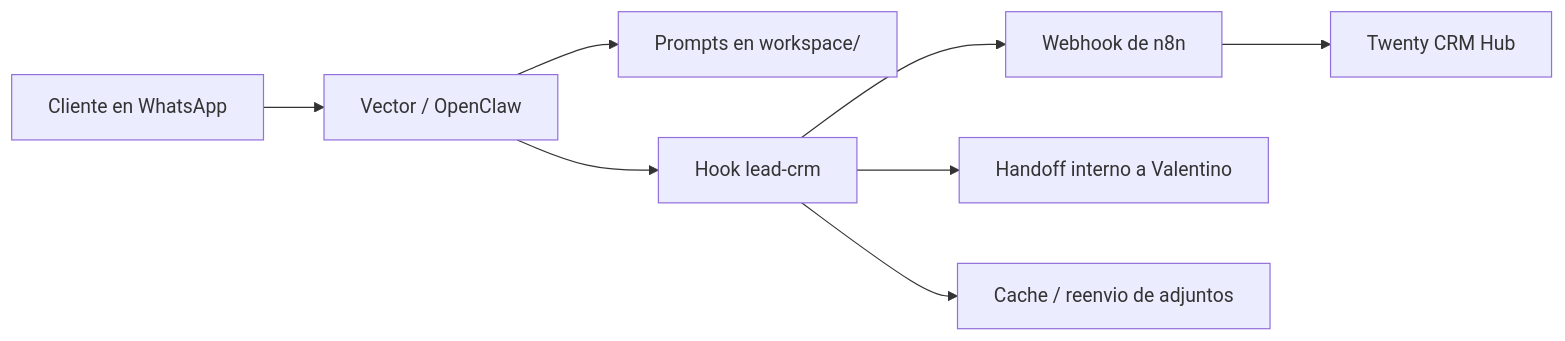
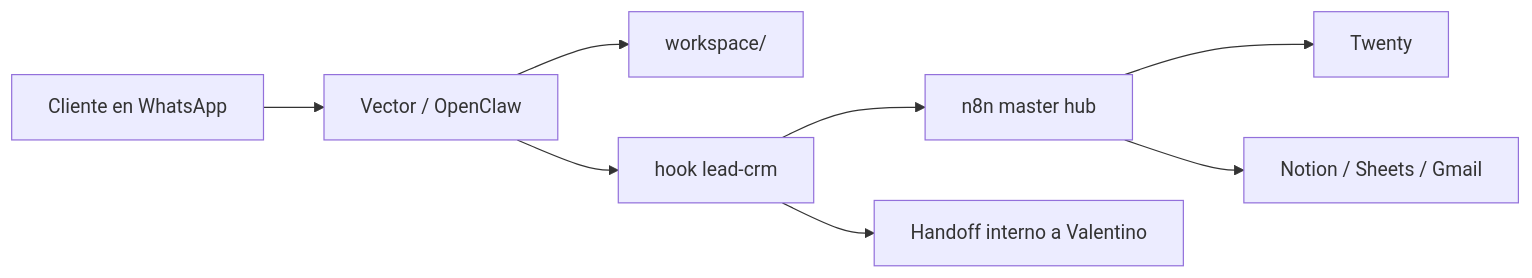
One commit to galfredev/vector-galfredev-bot changed the diagram in README.md. Above: the diagram before and after it, drawn with Mermaid. The commit also changed other lines of this file and 13 other files, not shown here.

````diff
--- a/README.md
+++ b/README.md
@@ -56,10 +56,10 @@
 ```mermaid
 flowchart LR
   A["Cliente en WhatsApp"] --> B["Vector / OpenClaw"]
-  B --> C["Prompts en workspace/"]
-  B --> D["Hook lead-crm"]
-  D --> E["Webhook de n8n"]
-  E --> H["Twenty CRM Hub"]
-  D --> F["Handoff interno a Valentino"]
-  D --> G["Cache / reenvio de adjuntos"]
+  B --> C["workspace/"]
+  B --> D["hook lead-crm"]
+  D --> E["n8n master hub"]
+  E --> F["Twenty"]
+  E --> G["Notion / Sheets / Gmail"]
+  D --> H["Handoff interno a Valentino"]
 ```
````
